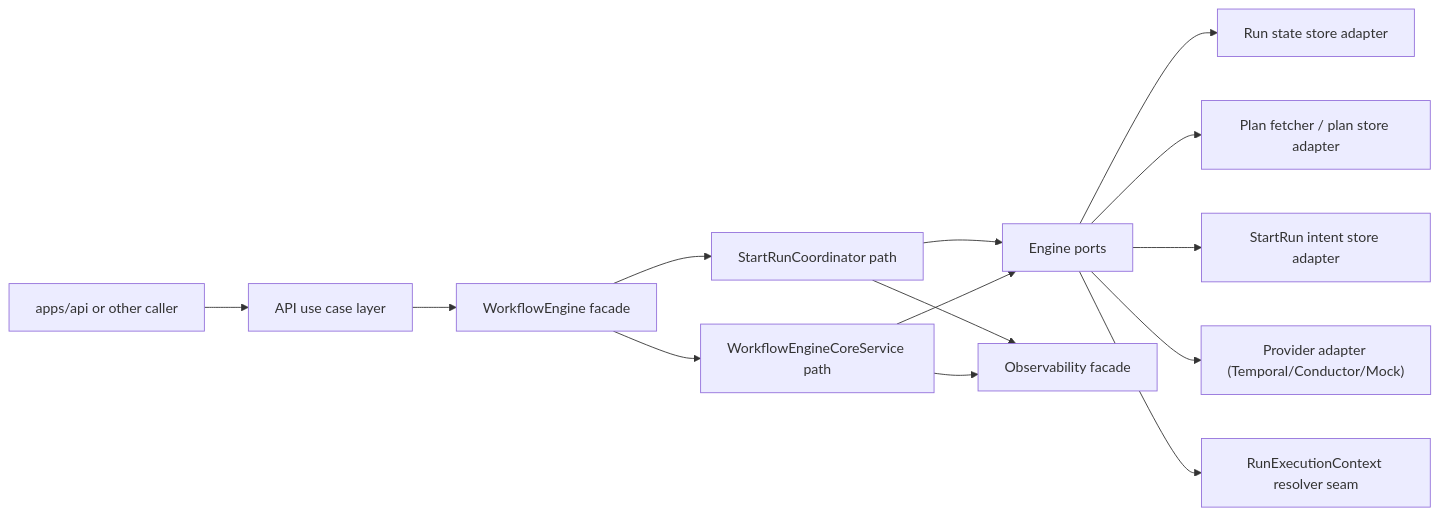
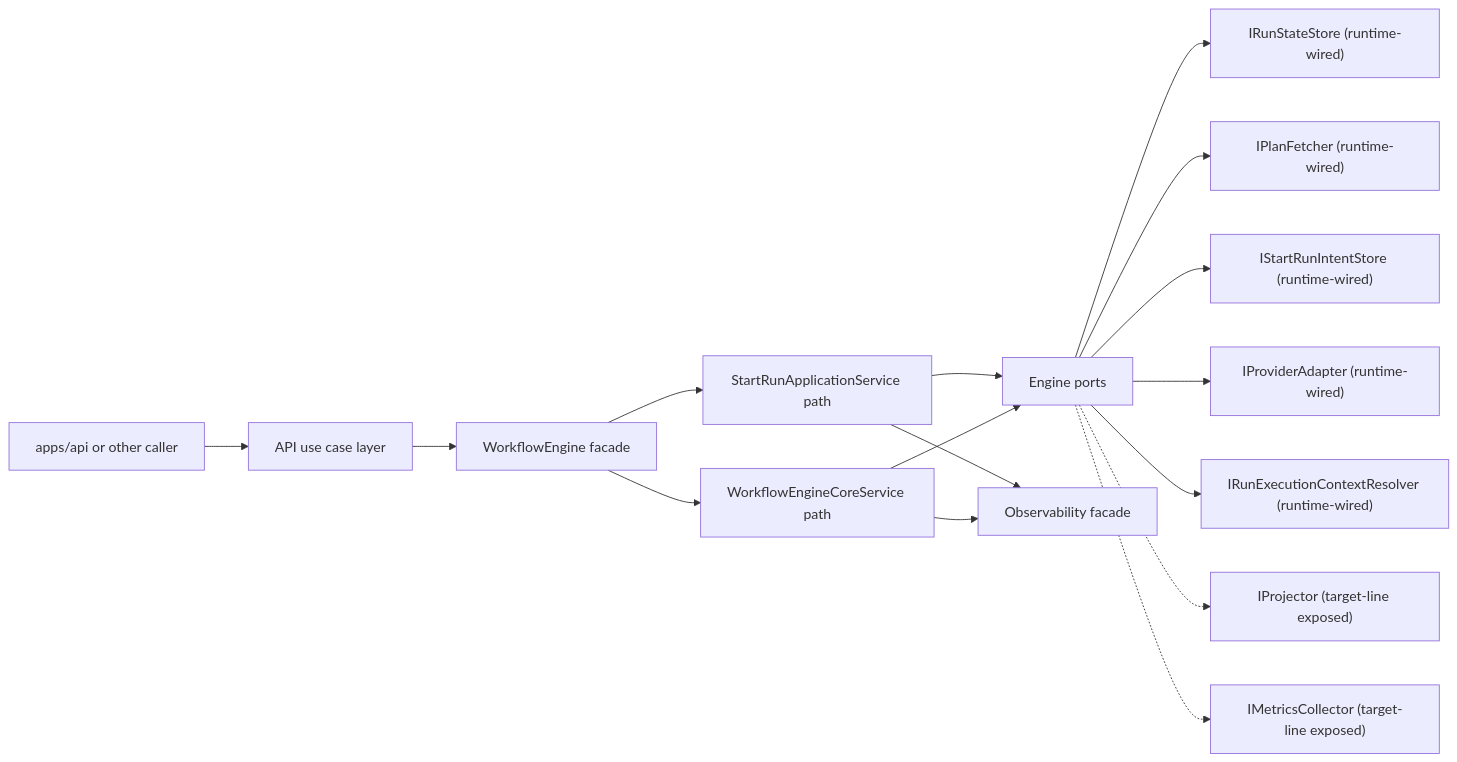
One commit to dunay2/dvt changed the first of 5 diagrams in docs/architecture/components/engine/architecture/workflow-engine-subsystem-context.md. Above: the diagram before and after it, drawn with Mermaid. The commit also changed other lines of this file and 7 other files, not shown here.

Commit message:
docs(docs): Align engine architecture surface documentation

````diff
--- a/docs/architecture/components/engine/architecture/workflow-engine-subsystem-context.md
+++ b/docs/architecture/components/engine/architecture/workflow-engine-subsystem-context.md
@@ -62,16 +66,18 @@
 ```mermaid
 flowchart LR
   Caller["apps/api or other caller"] --> UseCase["API use case layer"]
   UseCase --> Engine["WorkflowEngine facade"]
-  Engine --> StartRun["StartRunCoordinator path"]
+  Engine --> StartRun["StartRunApplicationService path"]
   Engine --> Core["WorkflowEngineCoreService path"]
   StartRun --> Ports["Engine ports"]
   Core --> Ports
-  Ports --> State["Run state store adapter"]
-  Ports --> PlanStore["Plan fetcher / plan store adapter"]
-  Ports --> Intent["StartRun intent store adapter"]
-  Ports --> Provider["Provider adapter (Temporal/Conductor/Mock)"]
-  Ports --> RunCtx["RunExecutionContext resolver seam"]
+  Ports --> State["IRunStateStore (runtime-wired)"]
+  Ports --> PlanStore["IPlanFetcher (runtime-wired)"]
+  Ports --> Intent["IStartRunIntentStore (runtime-wired)"]
+  Ports --> Provider["IProviderAdapter (runtime-wired)"]
+  Ports --> RunCtx["IRunExecutionContextResolver (runtime-wired)"]
+  Ports -.-> Projector["IProjector (target-line exposed)"]
+  Ports -.-> Metrics["IMetricsCollector (target-line exposed)"]
   StartRun --> Obs["Observability facade"]
   Core --> Obs
 ```
````
